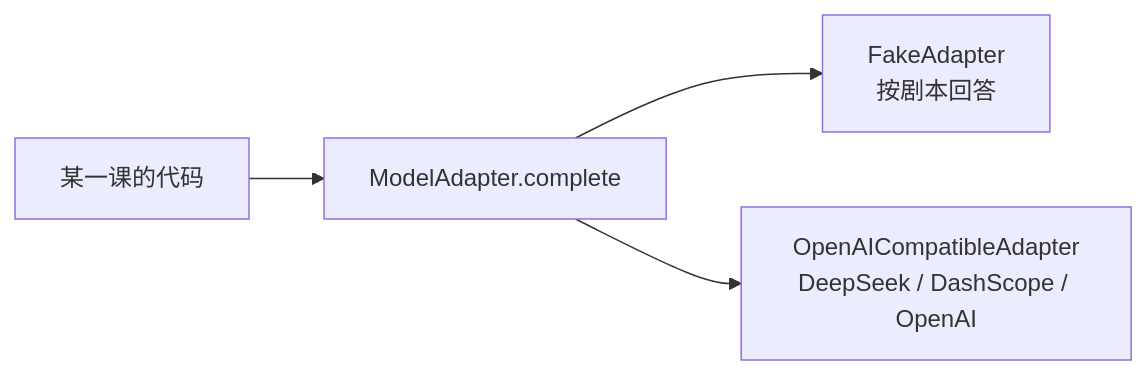
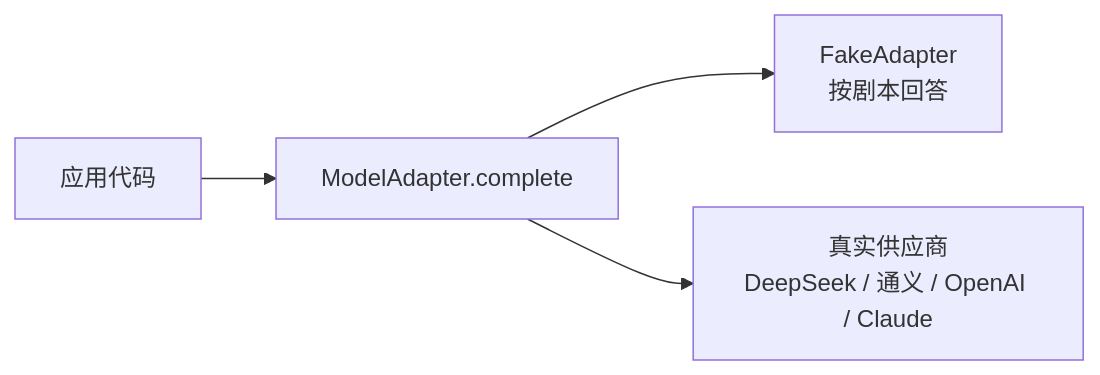
Before and after one commit to lance2016/ai-app-engineering: the diagram in lessons/00-setup/README.md, drawn with Mermaid. The commit also changed other lines of this file and 234 other files, not shown here.

````diff
--- a/lessons/00-setup/README.md
+++ b/lessons/00-setup/README.md
@@ -29,6 +37,6 @@
 ```mermaid
 flowchart LR
-    L[某一课的代码] --> A[ModelAdapter.complete]
+    L[应用代码] --> A[ModelAdapter.complete]
     A --> F[FakeAdapter<br/>按剧本回答]
-    A --> R[OpenAICompatibleAdapter<br/>DeepSeek / DashScope / OpenAI]
+    A --> R[真实供应商<br/>DeepSeek / 通义 / OpenAI / Claude]
 ```
````
